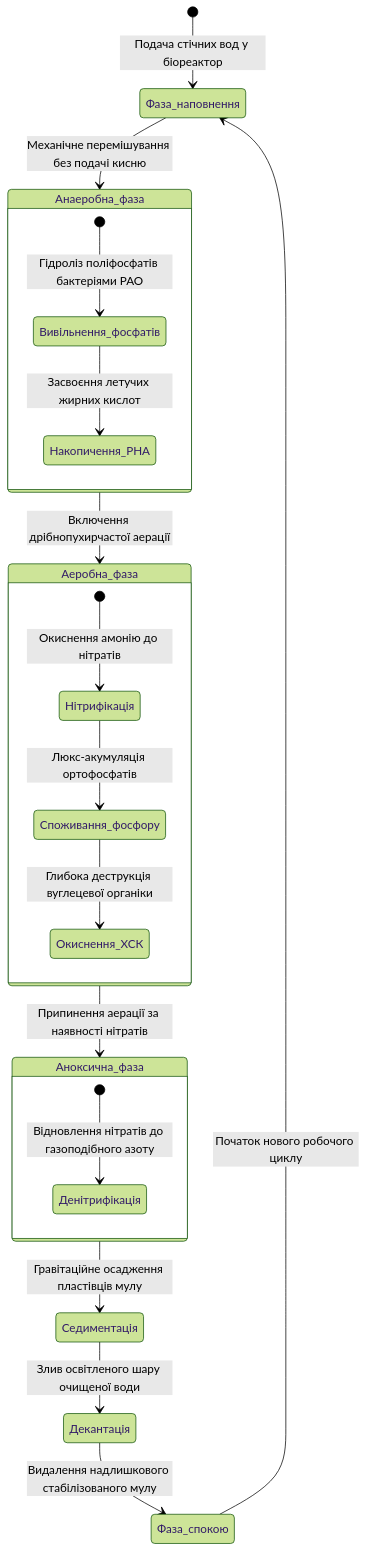
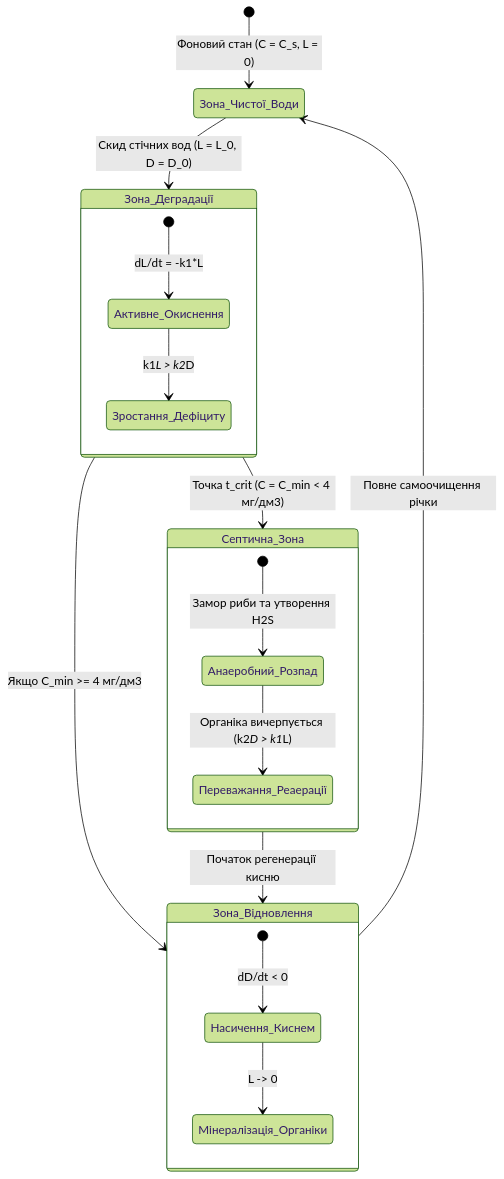
One commit to KyryloVadurin/eco-systems-analytics changed the second of 4 diagrams in docs/lk/lk8.md. Above: the diagram before and after it, drawn with Mermaid (forest theme). The commit also changed other lines of this file and 9 other files, not shown here.

````diff
--- a/docs/lk/lk8.md
+++ b/docs/lk/lk8.md
@@ -73,23 +125,27 @@
 ```mermaid
 stateDiagram-v2
-    [*] --> Фаза_наповнення: Подача стічних вод у біореактор
-    Фаза_наповнення --> Анаеробна_фаза: Механічне перемішування без подачі кисню
-    state Анаеробна_фаза {
-        [*] --> Вивільнення_фосфатів: Гідроліз поліфосфатів бактеріями PAO
-        Вивільнення_фосфатів --> Накопичення_PHA: Засвоєння летучих жирних кислот
+    [*] --> Зона_Чистої_Води: Фоновий стан (C = C_s, L = 0)
+    Зона_Чистої_Води --> Зона_Деградації: Скид стічних вод (L = L_0, D = D_0)
+    
+    state Зона_Деградації {
+        [*] --> Активне_Окиснення: dL/dt = -k1*L
+        Активне_Окиснення --> Зростання_Дефіциту: k1*L > k2*D
     }
-    Анаеробна_фаза --> Аеробна_фаза: Включення дрібнопухирчастої аерації
-    state Аеробна_фаза {
-        [*] --> Нітрифікація: Окиснення амонію до нітратів
-        Нітрифікація --> Споживання_фосфору: Люкс-акумуляція ортофосфатів
-        Споживання_фосфору --> Окиснення_ХСК: Глибока деструкція вуглецевої органіки
+    
+    Зона_Деградації --> Септична_Зона: Точка t_crit (C = C_min < 4 мг/дм3)
+    Зона_Деградації --> Зона_Відновлення: Якщо C_min >= 4 мг/дм3
+    
+    state Септична_Зона {
+        [*] --> Анаеробний_Розпад: Замор риби та утворення H2S
+        Анаеробний_Розпад --> Переважання_Реаерації: Органіка вичерпується (k2*D > k1*L)
     }
-    Аеробна_фаза --> Аноксична_фаза: Припинення аерації за наявності нітратів
-    state Аноксична_фаза {
-        [*] --> Денітрифікація: Відновлення нітратів до газоподібного азоту
+    
+    Септична_Зона --> Зона_Відновлення: Початок регенерації кисню
+    
+    state Зона_Відновлення {
+        [*] --> Насичення_Киснем: dD/dt < 0
+        Насичення_Киснем --> Мінералізація_Органіки: L -> 0
     }
-    Аноксична_фаза --> Седиментація: Гравітаційне осадження пластівців мулу
-    Седиментація --> Декантація: Злив освітленого шару очищеної води
-    Декантація --> Фаза_спокою: Видалення надлишкового стабілізованого мулу
-    Фаза_спокою --> Фаза_наповнення: Початок нового робочого циклу
+    
+    Зона_Відновлення --> Зона_Чистої_Води: Повне самоочищення річки
 ```
````
